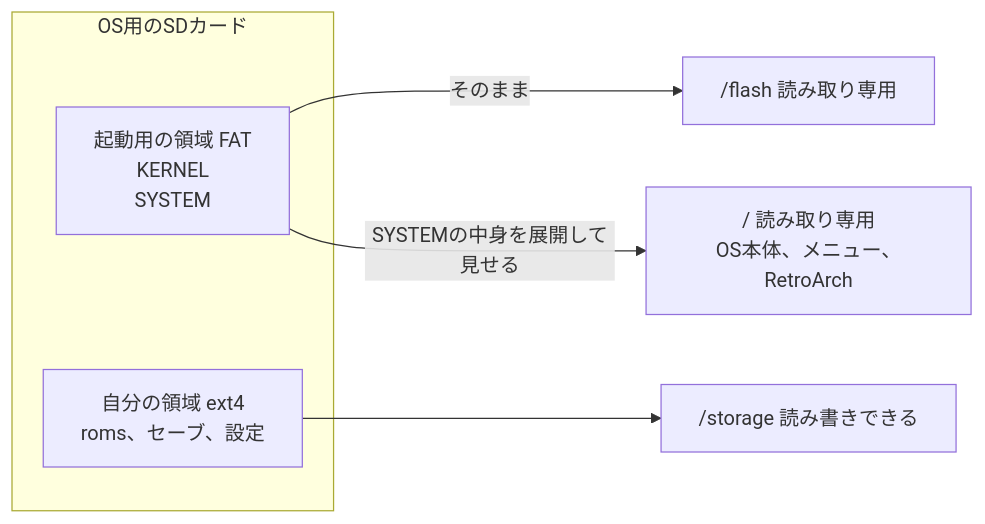
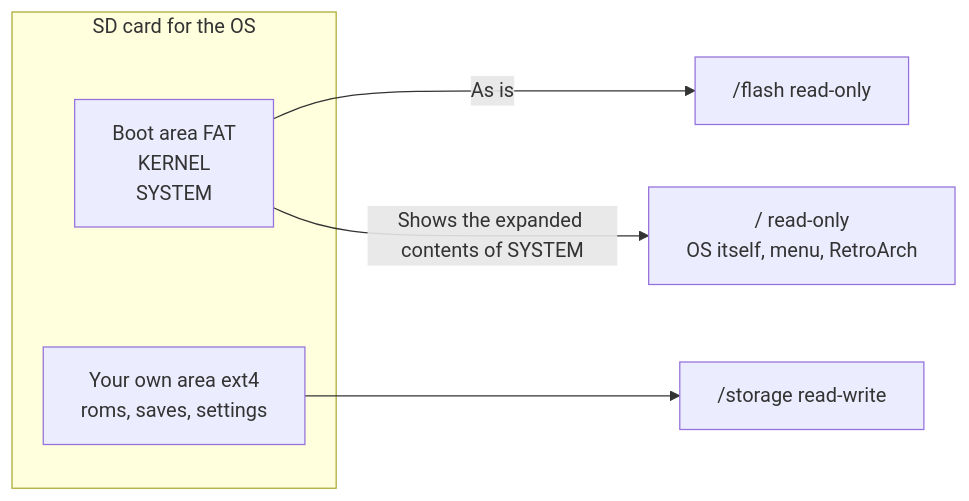
The second of 3 diagrams in articles/18-os.md (kiwamizamurai/gaming), drawn with Mermaid before and after one commit. The commit also changed other lines of this file and 46 other files, not shown here.

````diff
--- a/articles/18-os.md
+++ b/articles/18-os.md
@@ -111,10 +111,10 @@
 ```mermaid
 flowchart LR
-    subgraph SD[OS用のSDカード]
-        F[起動用の領域 FAT<br>KERNEL<br>SYSTEM]
-        ST[自分の領域 ext4<br>roms、セーブ、設定]
+    subgraph SD[SD card for the OS]
+        F[Boot area FAT<br>KERNEL<br>SYSTEM]
+        ST[Your own area ext4<br>roms, saves, settings]
     end
-    F -->|そのまま| FL["/flash 読み取り専用"]
-    F -->|SYSTEMの中身を展開して見せる| R["/ 読み取り専用<br>OS本体、メニュー、RetroArch"]
-    ST --> S["/storage 読み書きできる"]
+    F -->|As is| FL["/flash read-only"]
+    F -->|Shows the expanded contents of SYSTEM| R["/ read-only<br>OS itself, menu, RetroArch"]
+    ST --> S["/storage read-write"]
 ```
````
